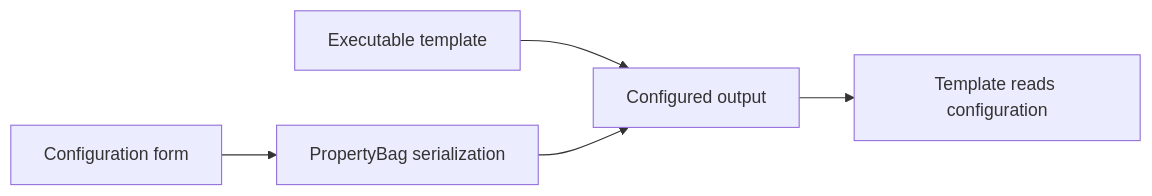
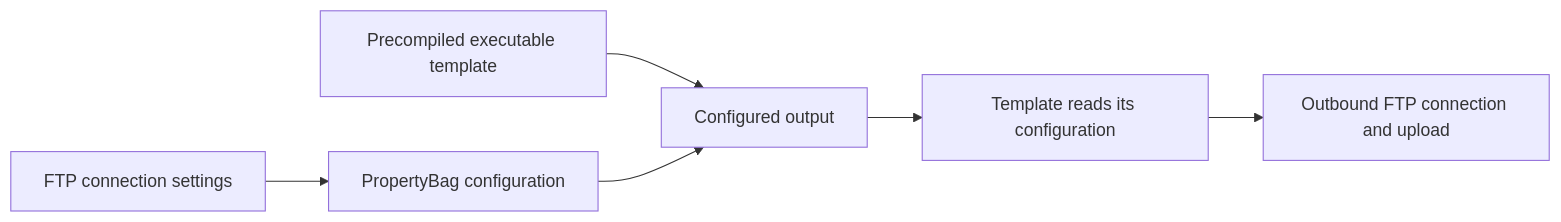
The diagram in exe-appender/README.md (Amine-Belgacem/historical-research), drawn with Mermaid before and after one commit. The commit also changed other lines of this file and 20 other files, not shown here.

````diff
--- a/exe-appender/README.md
+++ b/exe-appender/README.md
@@ -18,7 +20,8 @@
 ```mermaid
 flowchart LR
-    A[Configuration form] --> B[PropertyBag serialization]
-    T[Executable template] --> C[Configured output]
+    A[FTP connection settings] --> B[PropertyBag configuration]
+    T[Precompiled executable template] --> C[Configured output]
     B --> C
-    C --> D[Template reads configuration]
+    C --> D[Template reads its configuration]
+    D --> E[Outbound FTP connection and upload]
 ```
````
